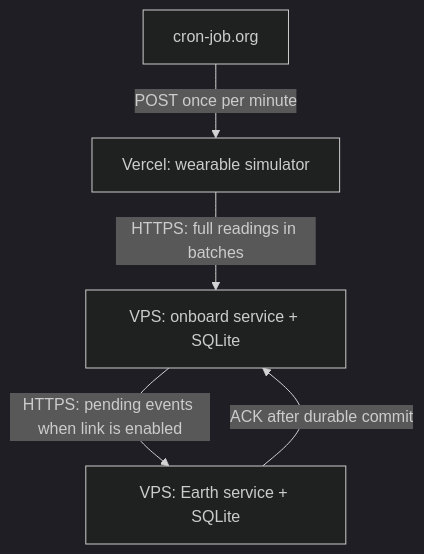
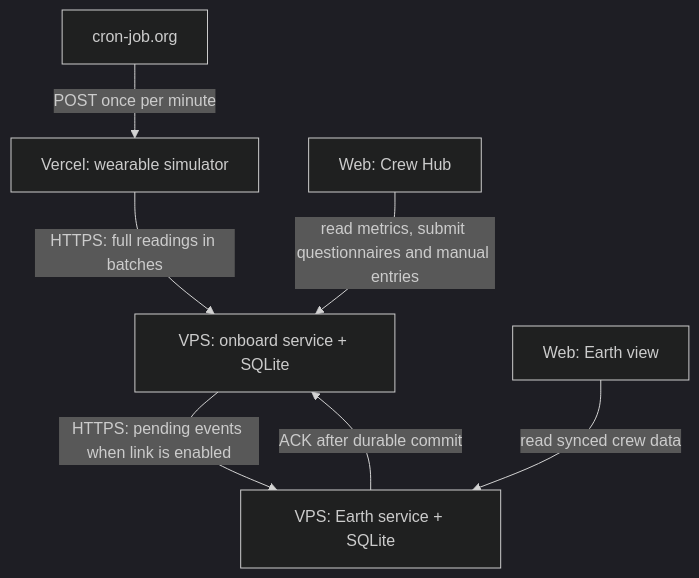
Before and after one commit to flaviozno/nasa-space-apps: the diagram in readme.md, drawn with Mermaid (dark theme). The commit also changed other lines of this file and 2 other files, not shown here.

First line of the commit message:
docs: add hackathon plan and align MVP readme with Crew Hub scope

````diff
--- a/readme.md
+++ b/readme.md
@@ -24,7 +44,9 @@
 ```mermaid
 flowchart TD
     A["cron-job.org"] -->|"POST once per minute"| B["Vercel: wearable simulator"]
     B -->|"HTTPS: full readings in batches"| C["VPS: onboard service + SQLite"]
+    W["Web: Crew Hub"] -->|"read metrics, submit questionnaires and manual entries"| C
     C -->|"HTTPS: pending events when link is enabled"| D["VPS: Earth service + SQLite"]
     D -->|"ACK after durable commit"| C
+    E["Web: Earth view"] -->|"read synced crew data"| D
 ```
````
